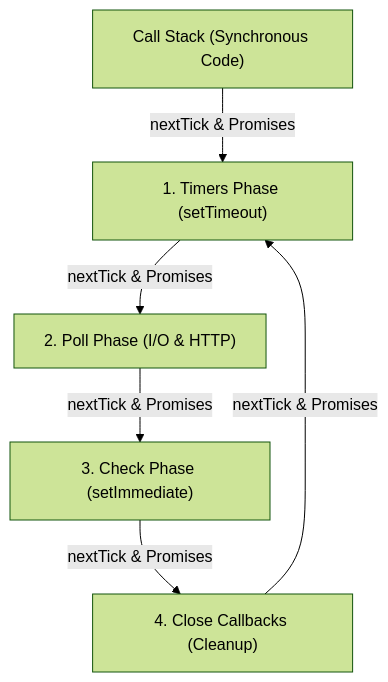
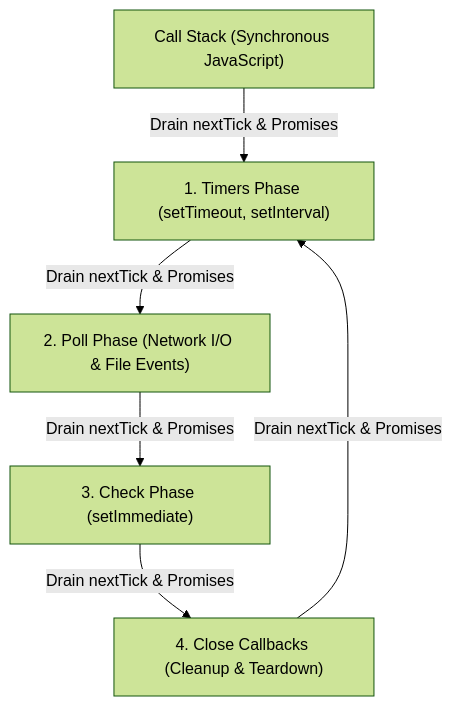
Before and after one commit to rajeevmahato43/Interview-preparation-node-and-JavaScript-Dsa: the diagram in Node/node-lectures/day-02-event-loop-and-scheduling.md, drawn with Mermaid (forest theme). The commit also changed other lines of this file and 206 other files, not shown here.

````diff
--- a/Node/node-lectures/day-02-event-loop-and-scheduling.md
+++ b/Node/node-lectures/day-02-event-loop-and-scheduling.md
@@ -65,8 +80,8 @@
 ```mermaid
 graph TD
-    Stack["Call Stack (Synchronous Code)"] -->|"nextTick & Promises"| Timers["1. Timers Phase (setTimeout)"]
-    Timers -->|"nextTick & Promises"| Poll["2. Poll Phase (I/O & HTTP)"]
-    Poll -->|"nextTick & Promises"| Check["3. Check Phase (setImmediate)"]
-    Check -->|"nextTick & Promises"| Close["4. Close Callbacks (Cleanup)"]
-    Close -->|"nextTick & Promises"| Timers
+    Stack["Call Stack (Synchronous JavaScript)"] -->|"Drain nextTick & Promises"| Timers["1. Timers Phase (setTimeout, setInterval)"]
+    Timers -->|"Drain nextTick & Promises"| Poll["2. Poll Phase (Network I/O & File Events)"]
+    Poll -->|"Drain nextTick & Promises"| Check["3. Check Phase (setImmediate)"]
+    Check -->|"Drain nextTick & Promises"| Close["4. Close Callbacks (Cleanup & Teardown)"]
+    Close -->|"Drain nextTick & Promises"| Timers
 ```
````
